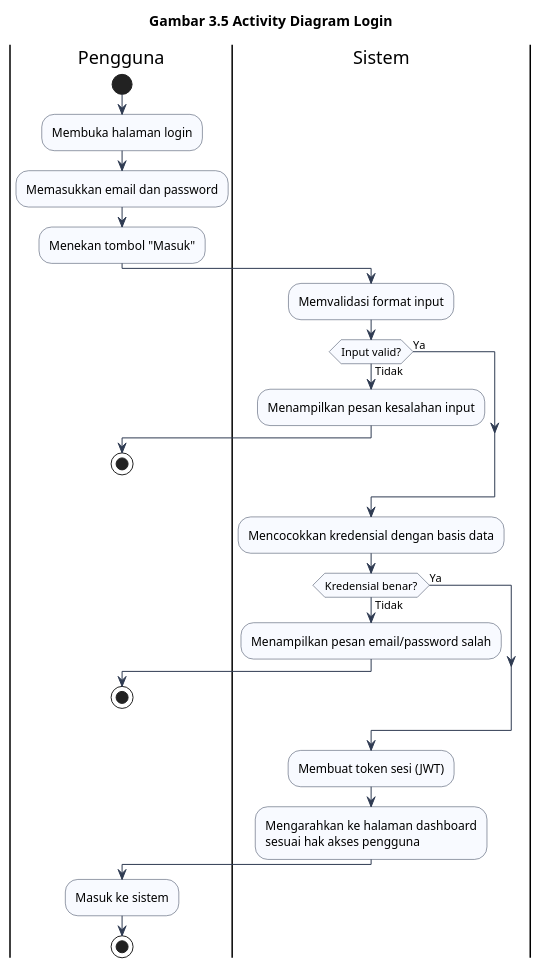
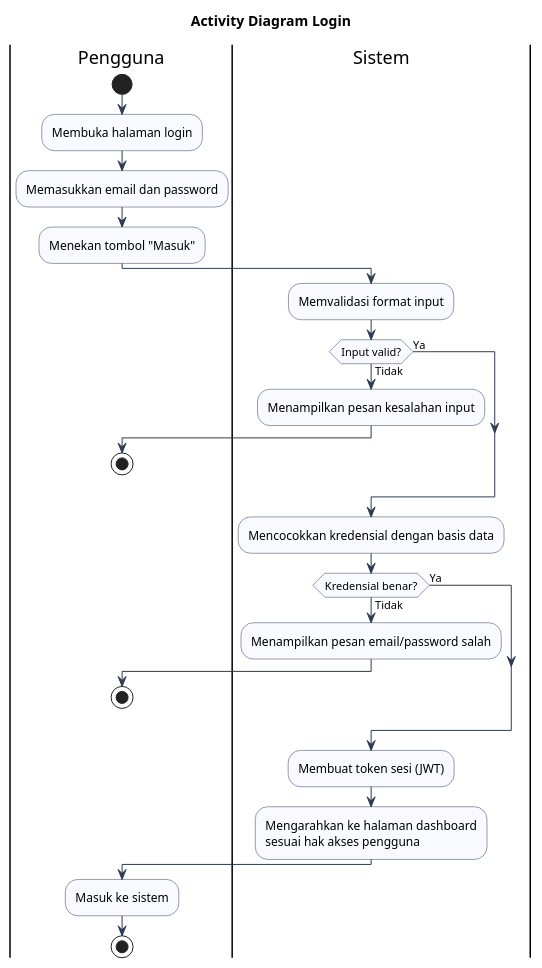
Before and after one commit to Abdlhsnu17/sipena.apps: the diagram in docs/activity/3.5-login.puml, drawn with PlantUML. The commit also changed 21 other files, not shown here.

Commit message:
docs: ubah judul activity diagram menjadi polos tanpa nomor gambar

```diff
--- a/docs/activity/3.5-login.puml
+++ b/docs/activity/3.5-login.puml
@@ -1,44 +1,44 @@
 @startuml
-title Gambar 3.5 Activity Diagram Login
+title Activity Diagram Login
 skinparam shadowing false
 skinparam activity {
   BackgroundColor #F8FAFF
   BorderColor #2F3B52
   ArrowColor #2F3B52
   DiamondBackgroundColor #F8FAFF
   DiamondBorderColor #2F3B52
 }
 
 |Pengguna|
 start
 :Membuka halaman login;
 :Memasukkan email dan password;
 :Menekan tombol "Masuk";
 
 |Sistem|
 :Memvalidasi format input;
 if (Input valid?) then (Tidak)
   :Menampilkan pesan kesalahan input;
   |Pengguna|
   stop
 else (Ya)
 endif
 
 |Sistem|
 :Mencocokkan kredensial dengan basis data;
 if (Kredensial benar?) then (Tidak)
   :Menampilkan pesan email/password salah;
   |Pengguna|
   stop
 else (Ya)
 endif
 
 |Sistem|
 :Membuat token sesi (JWT);
 :Mengarahkan ke halaman dashboard
 sesuai hak akses pengguna;
 
 |Pengguna|
 :Masuk ke sistem;
 stop
 @enduml
```
